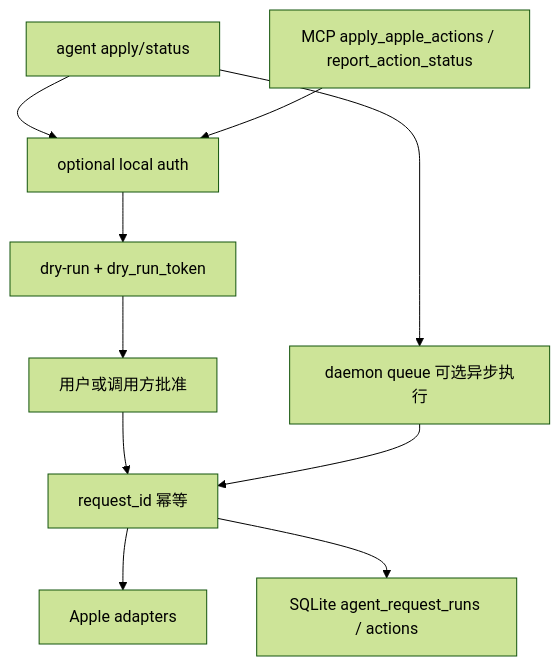
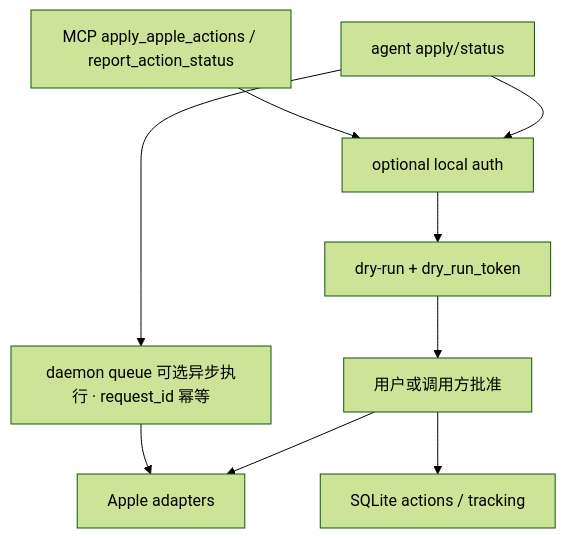
The second of 3 diagrams in docs/architecture.md (Zenine/nudge), drawn with Mermaid (forest theme) before and after one commit. The commit also changed other lines of this file and 1 other file, not shown here.

Commit message:
docs: 文档对齐——移除已删除的 agent apply 幂等/replay 描述
合并 origin/main 后 agent apply / MCP 直连写入不再按 request_id 做 replay
去重(agent_request_runs 表已移除),但文档仍在描述该特性。本次修正:

- architecture.md: 数据流图去掉直连 idem 节点与 agent_request_runs;表清单
  删除 agent_request_runs 行;安全边界"幂等"条与 state.py 职责行改为指向
  daemon 队列(command_queue 的 request_id 幂等主键,仍成立)。
- commands.md: MCP/agent 入口说明与 agent apply 示例要点改为"直连仅作 trace、
  不做 replay 去重;需幂等入队用 daemon enqueue";agent 表格行去掉"幂等记录"。

daemon 队列侧 request_id 幂等(command_queue/daemon_runs)仍在,相关描述保留。
3.12 .venv 完整 scripts/verify.sh(含 docs audit)通过。

````diff
--- a/docs/architecture.md
+++ b/docs/architecture.md
@@ -46,12 +46,11 @@
 ```mermaid
 flowchart TD
     agent[agent apply/status] --> auth[optional local auth]
     mcp[MCP apply_apple_actions / report_action_status] --> auth
     auth --> dry[dry-run + dry_run_token]
     dry --> approve[用户或调用方批准]
-    approve --> idem[request_id 幂等]
-    idem --> apple[Apple adapters]
-    idem --> sqlite[SQLite agent_request_runs / actions]
-    agent --> queue[daemon queue 可选异步执行]
-    queue --> idem
+    approve --> apple[Apple adapters]
+    approve --> sqlite[SQLite actions / tracking]
+    agent --> queue[daemon queue 可选异步执行 · request_id 幂等]
+    queue --> apple
 ```
````
